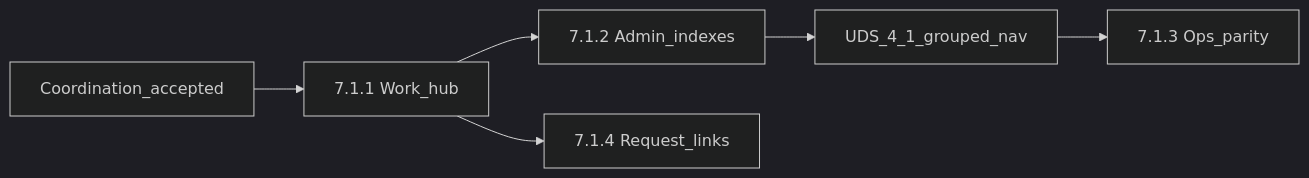
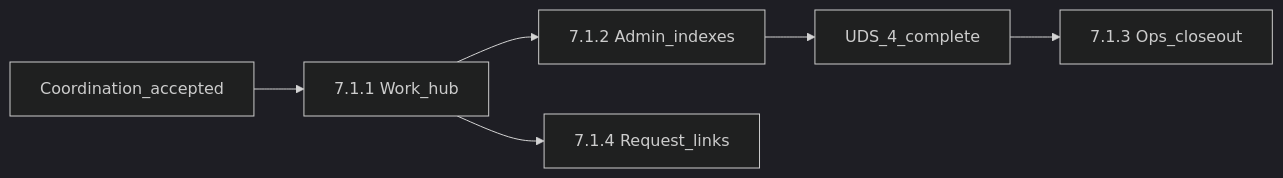
The diagram in docs/planning/phase7.1-purchasing-polish/phase7.1-plan.md (BankEncore/ShelfSense-v1), drawn with Mermaid (dark theme) before and after one commit. The commit also changed other lines of this file and 19 other files, not shown here.

````diff
--- a/docs/planning/phase7.1-purchasing-polish/phase7.1-plan.md
+++ b/docs/planning/phase7.1-purchasing-polish/phase7.1-plan.md
@@ -69,11 +70,11 @@
 ```mermaid
 flowchart LR
   gate[Coordination_accepted]
   s711[7.1.1 Work_hub]
   s712[7.1.2 Admin_indexes]
-  uds41[UDS_4_1_grouped_nav]
-  s713[7.1.3 Ops_parity]
+  uds4[UDS_4_complete]
+  s713[7.1.3 Ops_closeout]
   s714[7.1.4 Request_links]
-  gate --> s711 --> s712 --> uds41 --> s713
+  gate --> s711 --> s712 --> uds4 --> s713
   s711 --> s714
 ```
````
